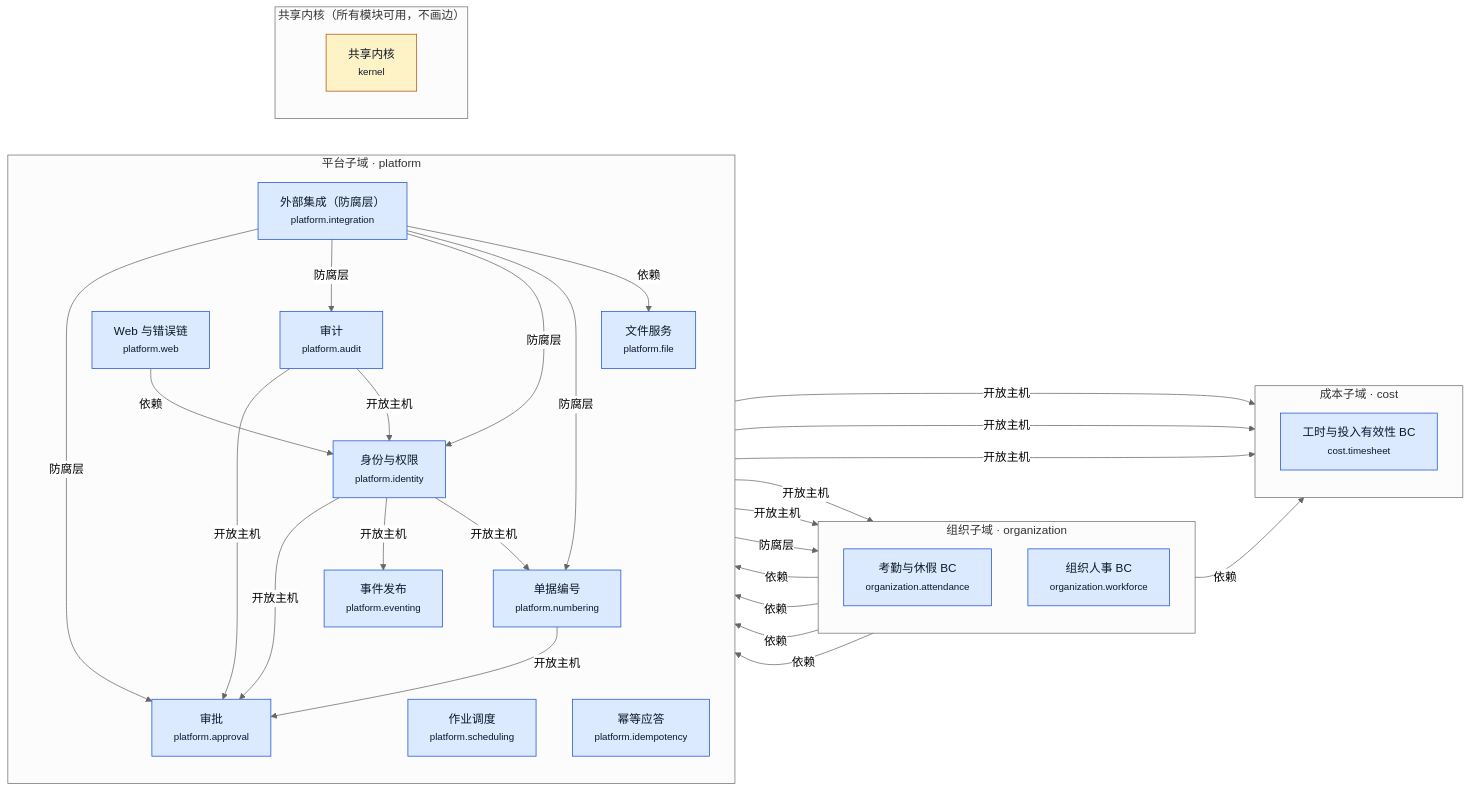
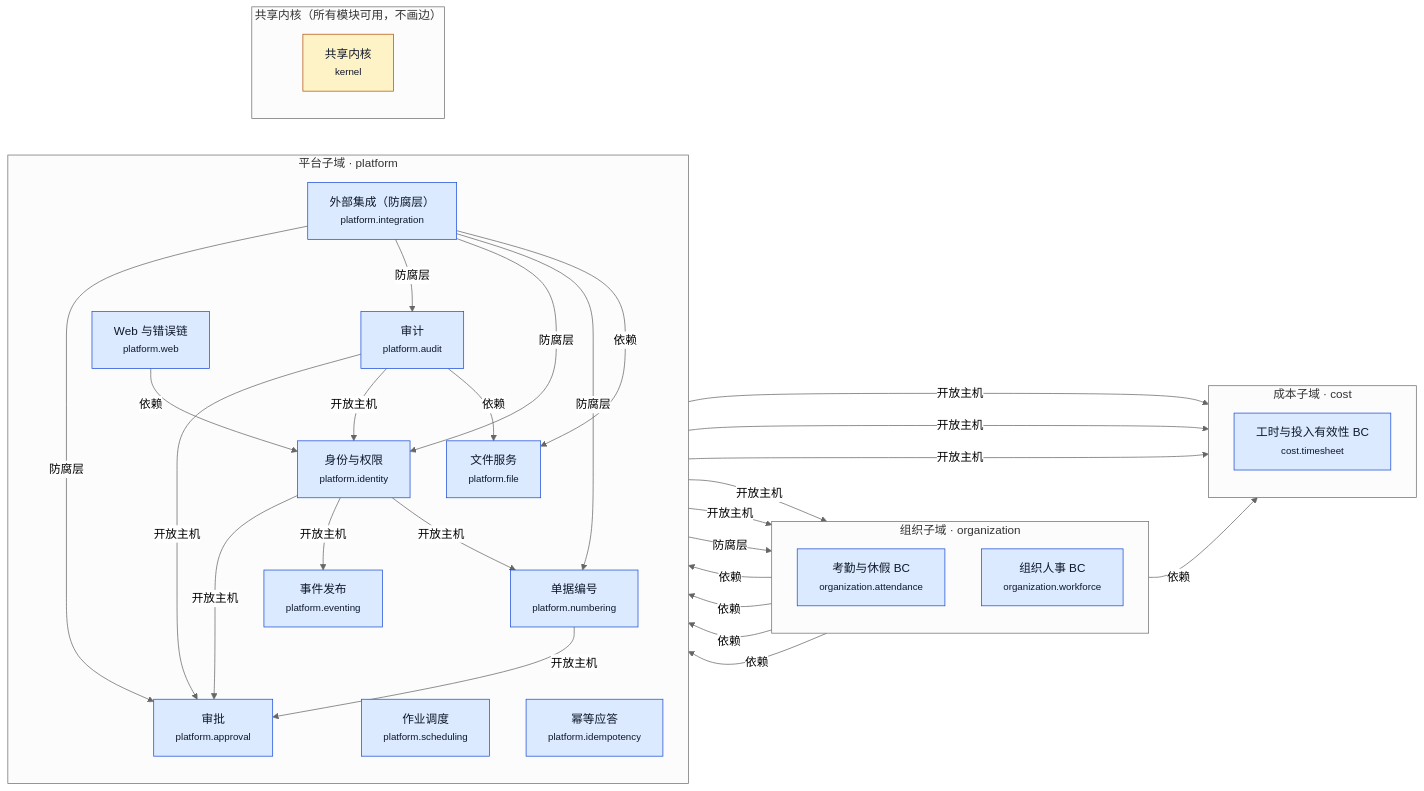
One commit to YeliangDu/forcitis-one-psa-codex-lab changed the diagram in docs/modernization/architecture/generated/1b-context-map.mmd. Above: the diagram before and after it, drawn with Mermaid (neutral theme). The commit also changed 13 other files, not shown here.

```diff
--- a/docs/modernization/architecture/generated/1b-context-map.mmd
+++ b/docs/modernization/architecture/generated/1b-context-map.mmd
@@ -1,56 +1,57 @@
 %% 生成文件，勿手改：python3 architecture/build_architecture.py（源：ddd/*.yaml）
 flowchart LR
   classDef built fill:#dbeafe,stroke:#1d4ed8,color:#0f172a
   classDef planned fill:#f8fafc,stroke:#94a3b8,stroke-dasharray:4 3,color:#475569
   classDef kernel fill:#fef3c7,stroke:#b45309,color:#0f172a
   subgraph SD_cost["成本子域 · cost"]
     direction TB
     cost_timesheet["工时与投入有效性 BC<br/><small>cost.timesheet</small>"]
   end
   subgraph SD_organization["组织子域 · organization"]
     direction TB
     organization_attendance["考勤与休假 BC<br/><small>organization.attendance</small>"]
     organization_workforce["组织人事 BC<br/><small>organization.workforce</small>"]
   end
   subgraph SD_platform["平台子域 · platform"]
     direction TB
     platform_approval["审批<br/><small>platform.approval</small>"]
     platform_audit["审计<br/><small>platform.audit</small>"]
     platform_identity["身份与权限<br/><small>platform.identity</small>"]
     platform_integration["外部集成（防腐层）<br/><small>platform.integration</small>"]
     platform_numbering["单据编号<br/><small>platform.numbering</small>"]
     platform_scheduling["作业调度<br/><small>platform.scheduling</small>"]
     platform_idempotency["幂等应答<br/><small>platform.idempotency</small>"]
     platform_eventing["事件发布<br/><small>platform.eventing</small>"]
     platform_web["Web 与错误链<br/><small>platform.web</small>"]
     platform_file["文件服务<br/><small>platform.file</small>"]
   end
   subgraph SD_kernel["共享内核（所有模块可用，不画边）"]
     direction TB
     kernel["共享内核<br/><small>kernel</small>"]
   end
   organization_workforce -->|依赖| cost_timesheet
   platform_approval -->|开放主机| cost_timesheet
   platform_identity -->|开放主机| cost_timesheet
   platform_numbering -->|开放主机| cost_timesheet
   platform_numbering -->|开放主机| platform_approval
   platform_audit -->|开放主机| organization_attendance
   platform_audit -->|开放主机| organization_workforce
   platform_integration -->|防腐层| organization_workforce
   platform_identity -->|开放主机| platform_approval
   organization_workforce -->|依赖| platform_approval
   platform_integration -->|防腐层| platform_approval
   platform_audit -->|开放主机| platform_approval
   organization_attendance -->|依赖| platform_approval
   platform_integration -->|防腐层| platform_audit
   platform_identity -->|开放主机| platform_eventing
   organization_workforce -->|依赖| platform_identity
   platform_integration -->|防腐层| platform_identity
   platform_audit -->|开放主机| platform_identity
   platform_identity -->|开放主机| platform_numbering
   organization_workforce -->|依赖| platform_numbering
   platform_integration -->|防腐层| platform_numbering
   platform_web -->|依赖| platform_identity
   platform_integration -->|依赖| platform_file
+  platform_audit -->|依赖| platform_file
   class cost_timesheet,organization_attendance,organization_workforce,platform_approval,platform_audit,platform_identity,platform_integration,platform_numbering,platform_scheduling,platform_idempotency,platform_eventing,platform_web,platform_file built
   class kernel kernel
```
